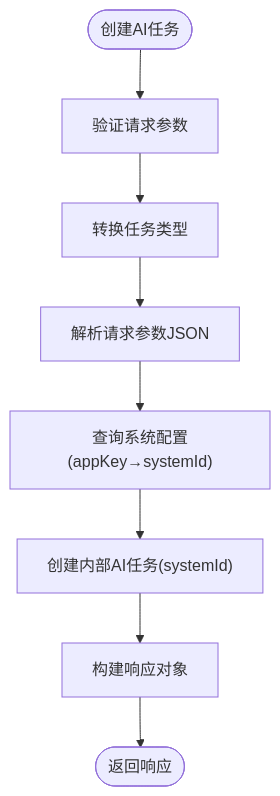
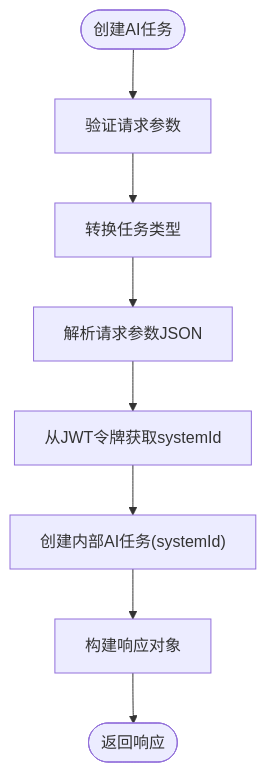
Before and after one commit to DrunkFood/First: the fourth of 10 diagrams in .qoder/repowiki/zh/content/API接口文档/外部系统集成API/外部AI任务API.md, drawn with Mermaid. The commit also changed other lines of this file and 93 other files, not shown here.

````diff
--- a/.qoder/repowiki/zh/content/API接口文档/外部系统集成API/外部AI任务API.md
+++ b/.qoder/repowiki/zh/content/API接口文档/外部系统集成API/外部AI任务API.md
@@ -187,10 +210,10 @@
 ```mermaid
 flowchart TD
 Start(["创建AI任务"]) --> ValidateReq["验证请求参数"]
 ValidateReq --> ConvertType["转换任务类型"]
 ConvertType --> ParseParams["解析请求参数JSON"]
-ParseParams --> QuerySystem["查询系统配置(appKey→systemId)"]
-QuerySystem --> CreateTask["创建内部AI任务(systemId)"]
+ParseParams --> GetSystemId["从JWT令牌获取systemId"]
+GetSystemId --> CreateTask["创建内部AI任务(systemId)"]
 CreateTask --> BuildResponse["构建响应对象"]
 BuildResponse --> End(["返回响应"])
 ```
````
